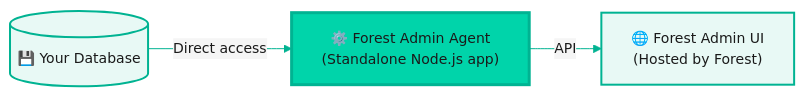
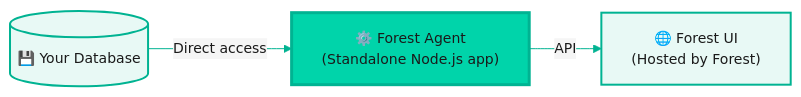
The first of 2 diagrams in get-started/quickstart-self-hosted.mdx (ForestAdmin/docs), drawn with Mermaid before and after one commit. The commit also changed other lines of this file and 156 other files, not shown here.

````diff
--- a/get-started/quickstart-self-hosted.mdx
+++ b/get-started/quickstart-self-hosted.mdx
@@ -43,14 +43,14 @@
 ```mermaid
 %%{init: {'theme':'base', 'themeVariables': { 'primaryColor':'#e8f9f5','primaryTextColor':'#1a1a1a','primaryBorderColor':'#00B392','lineColor':'#00B392','secondaryColor':'#f5f5f5','tertiaryColor':'#ffffff','fontSize':'14px'}}}%%
 graph LR
     DB[("💾 Your Database")]
-    Agent["⚙️ Forest Admin Agent<br/>(Standalone Node.js app)"]
-    UI["🌐 Forest Admin UI<br/>(Hosted by Forest)"]
+    Agent["⚙️ Forest Agent<br/>(Standalone Node.js app)"]
+    UI["🌐 Forest UI<br/>(Hosted by Forest)"]
 
     DB -->|Direct access| Agent
     Agent -->|API| UI
 
     style DB fill:#e8f9f5,stroke:#00B392,stroke-width:2px
     style Agent fill:#00D4AA,stroke:#00B392,stroke-width:3px
     style UI fill:#e8f9f5,stroke:#00B392,stroke-width:2px
 ```
````
